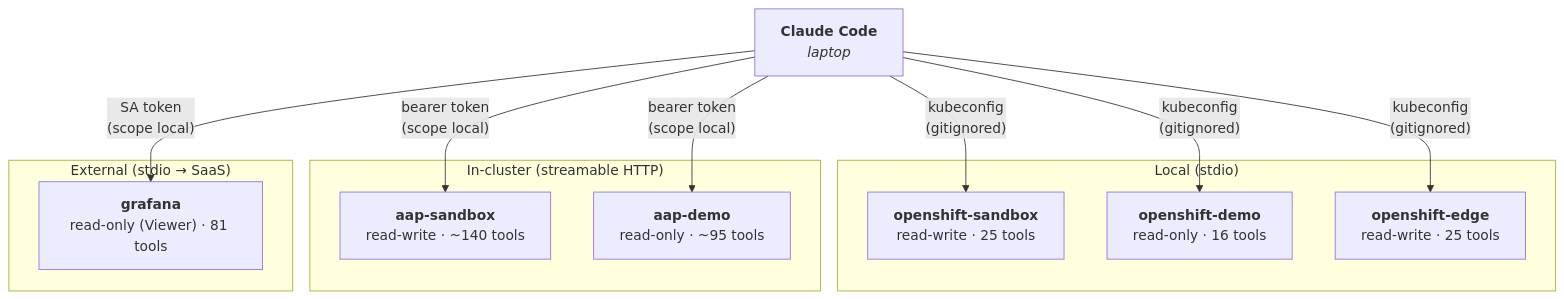
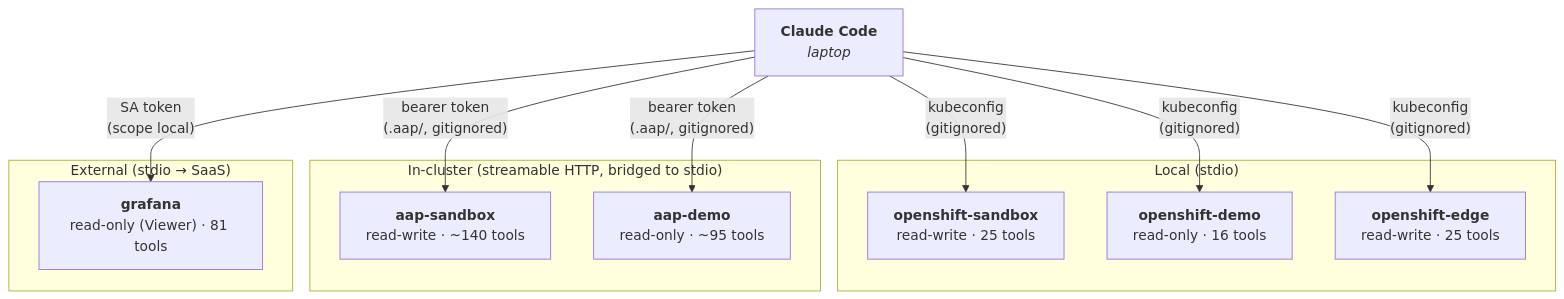
Before and after one commit to ericcames/sales.demos-docs: the diagram in docs/demos/mcp-servers/architecture.md, drawn with Mermaid. The commit also changed other lines of this file and 4 other files, not shown here.

````diff
--- a/docs/demos/mcp-servers/architecture.md
+++ b/docs/demos/mcp-servers/architecture.md
@@ -15,26 +15,26 @@
 ```mermaid
 flowchart TD
     CC["<b>Claude Code</b><br/><i>laptop</i>"]
 
     subgraph local ["Local (stdio)"]
         OS["<b>openshift-sandbox</b><br/>read-write · 25 tools"]
         OD["<b>openshift-demo</b><br/>read-only · 16 tools"]
         OE["<b>openshift-edge</b><br/>read-write · 25 tools"]
     end
 
-    subgraph cluster ["In-cluster (streamable HTTP)"]
+    subgraph cluster ["In-cluster (streamable HTTP, bridged to stdio)"]
         AS["<b>aap-sandbox</b><br/>read-write · ~140 tools"]
         AD["<b>aap-demo</b><br/>read-only · ~95 tools"]
     end
 
     subgraph external ["External (stdio → SaaS)"]
         GR["<b>grafana</b><br/>read-only (Viewer) · 81 tools"]
     end
 
     CC -->|"kubeconfig<br/>(gitignored)"| OS
     CC -->|"kubeconfig<br/>(gitignored)"| OD
     CC -->|"kubeconfig<br/>(gitignored)"| OE
-    CC -->|"bearer token<br/>(scope local)"| AS
-    CC -->|"bearer token<br/>(scope local)"| AD
+    CC -->|"bearer token<br/>(.aap/, gitignored)"| AS
+    CC -->|"bearer token<br/>(.aap/, gitignored)"| AD
     CC -->|"SA token<br/>(scope local)"| GR
 ```
````
